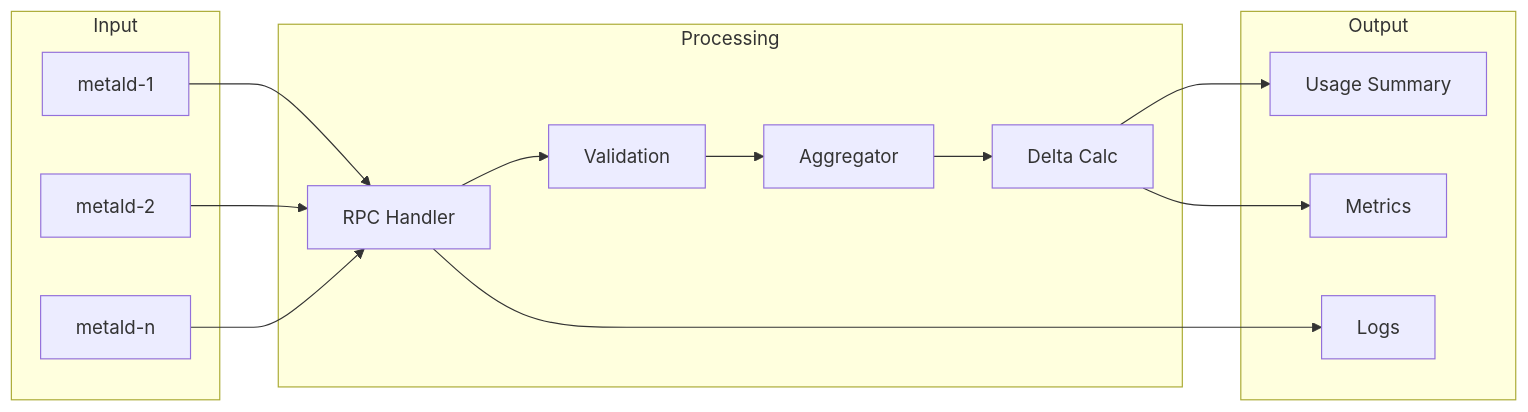
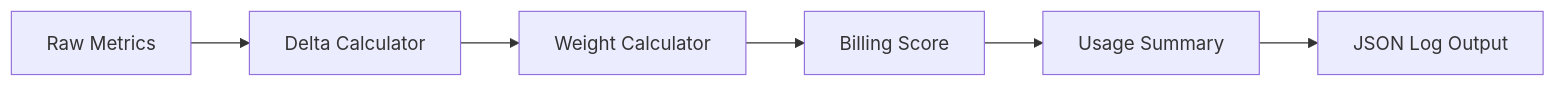
The third of 3 diagrams in go/deploy/billaged/docs/architecture/README.md (unkeyed/unkey), drawn with Mermaid before and after one commit. The commit also changed other lines of this file and 14 other files, not shown here.

````diff
--- a/go/deploy/billaged/docs/architecture/README.md
+++ b/go/deploy/billaged/docs/architecture/README.md
@@ -173,32 +177,8 @@
 ```mermaid
 graph LR
-    subgraph "Input"
-        M1[metald-1]
-        M2[metald-2]
-        M3[metald-n]
-    end
-    
-    subgraph "Processing"
-        RPC[RPC Handler]
-        VAL[Validation]
-        AGG[Aggregator]
-        DELTA[Delta Calc]
-    end
-    
-    subgraph "Output"
-        SUM[Usage Summary]
-        MET[Metrics]
-        LOG[Logs]
-    end
-    
-    M1 --> RPC
-    M2 --> RPC
-    M3 --> RPC
-    
-    RPC --> VAL
-    VAL --> AGG
-    AGG --> DELTA
-    DELTA --> SUM
-    DELTA --> MET
-    RPC --> LOG
+    RAW[Raw Metrics] --> DELTA[Delta Calculator]
+    DELTA --> WEIGHT[Weight Calculator]
+    WEIGHT --> SCORE[Billing Score]
+    SCORE --> SUMMARY[Usage Summary]
+    SUMMARY --> LOG[JSON Log Output]
 ```
````
